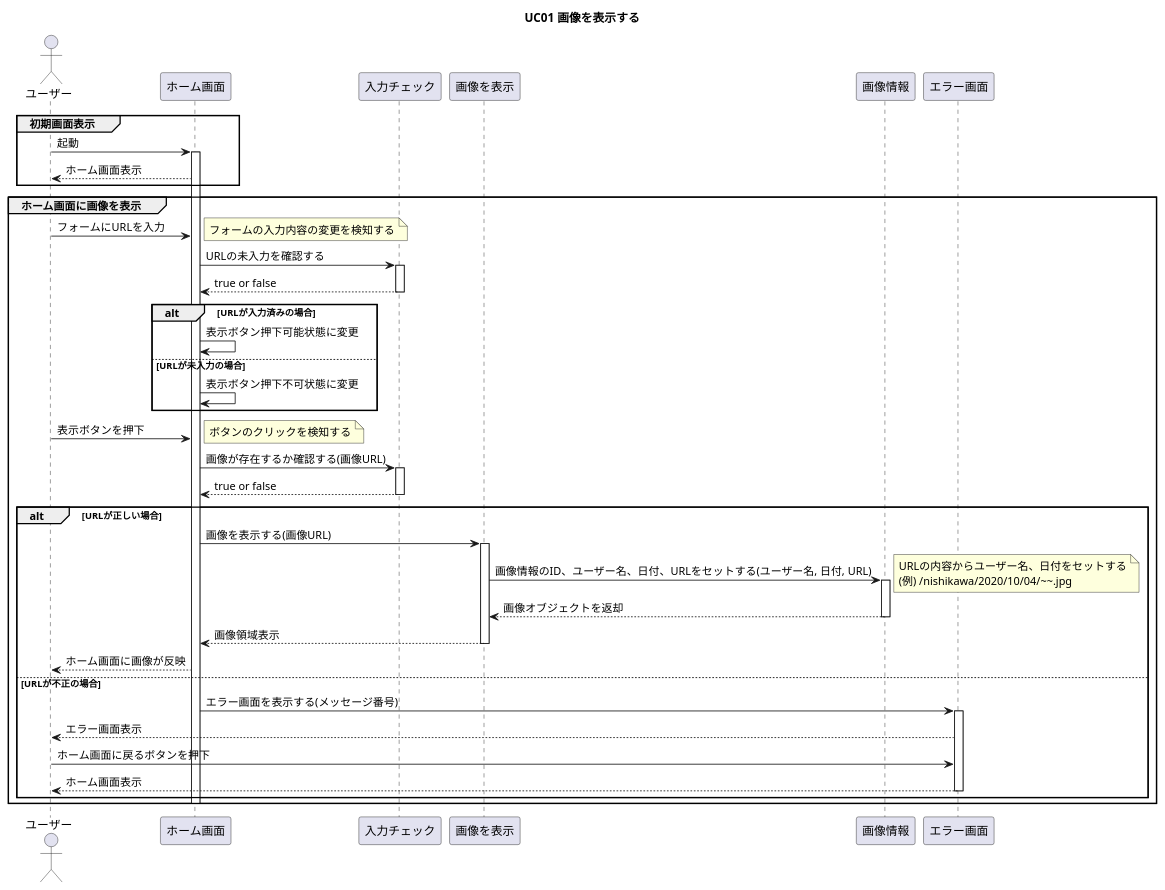
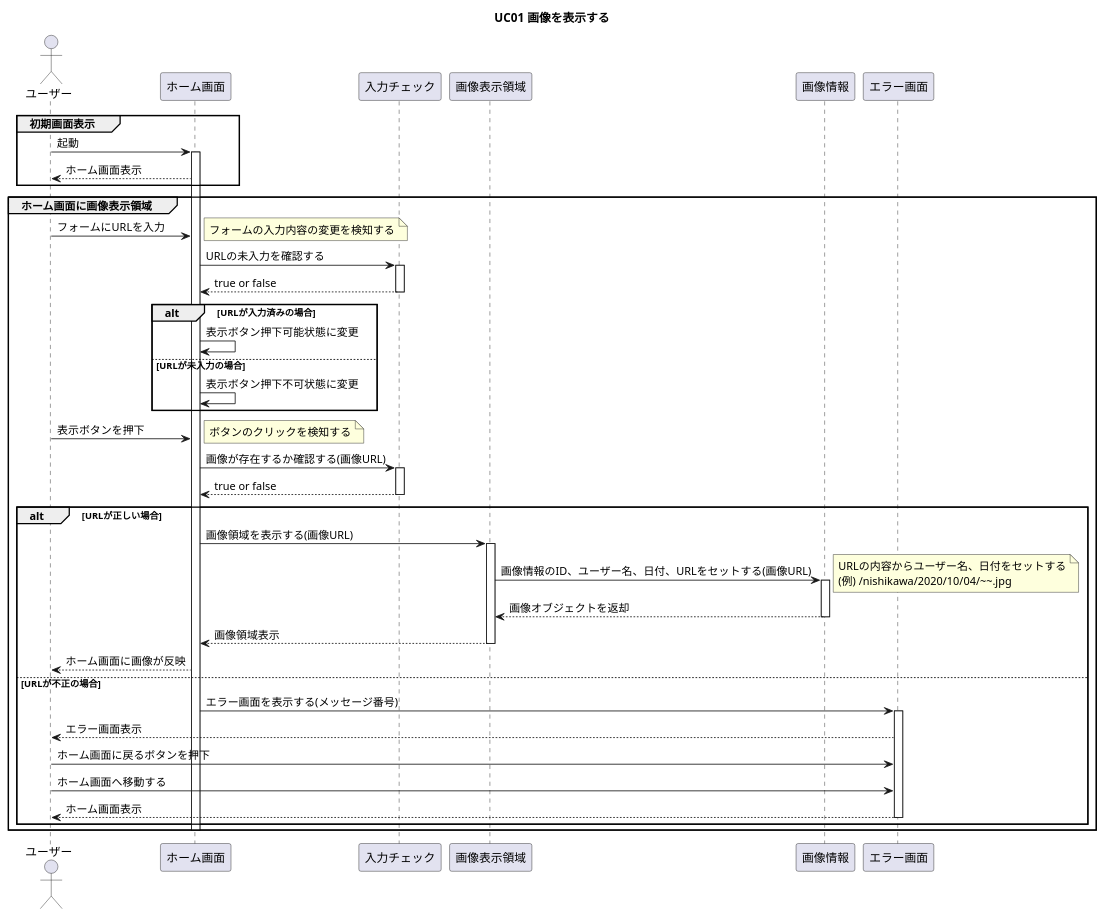
One commit to nishikawa1114/FaceEmotionSystem changed the diagram in uml/seqDiag01.pu. Above: the diagram before and after it, drawn with PlantUML.

Commit message:
クラス名を変更

```diff
--- a/uml/seqDiag01.pu
+++ b/uml/seqDiag01.pu
@@ -1,68 +1,69 @@
 @startuml
 title UC01 画像を表示する
 
 actor ユーザー
 participant ホーム画面
 participant 入力チェック
-participant 画像を表示
+participant 画像表示領域
 participant 画像情報
 participant エラー画面
 
 group 初期画面表示
 ユーザー -> ホーム画面 : 起動
 activate ホーム画面
 ユーザー <-- ホーム画面 : ホーム画面表示
 end
 
-group ホーム画面に画像を表示
+group ホーム画面に画像表示領域
 ユーザー -> ホーム画面 : フォームにURLを入力
 note right : フォームの入力内容の変更を検知する
 ホーム画面 -> 入力チェック : URLの未入力を確認する
 activate 入力チェック
 ホーム画面 <-- 入力チェック : true or false
 deactivate 入力チェック
 
 alt URLが入力済みの場合
 ホーム画面 -> ホーム画面 : 表示ボタン押下可能状態に変更
 else URLが未入力の場合
 ホーム画面 -> ホーム画面 : 表示ボタン押下不可状態に変更
 end
 
 ユーザー -> ホーム画面 : 表示ボタンを押下
 note right : ボタンのクリックを検知する
 ホーム画面 -> 入力チェック : 画像が存在するか確認する(画像URL)
 activate 入力チェック
 ホーム画面 <-- 入力チェック : true or false
 deactivate 入力チェック
 
 alt URLが正しい場合
 
-ホーム画面 -> 画像を表示 : 画像を表示する(画像URL)
-activate 画像を表示
-画像を表示 -> 画像情報 : 画像情報のID、ユーザー名、日付、URLをセットする(ユーザー名, 日付, URL)
+ホーム画面 -> 画像表示領域 : 画像領域を表示する(画像URL)
+activate 画像表示領域
+画像表示領域 -> 画像情報 : 画像情報のID、ユーザー名、日付、URLをセットする(画像URL)
 note right
 URLの内容からユーザー名、日付をセットする
 (例) ~/nishikawa/2020/10/04/~~~.jpg
 end note
 activate 画像情報
-画像を表示 <-- 画像情報 : 画像オブジェクトを返却
+画像表示領域 <-- 画像情報 : 画像オブジェクトを返却
 deactivate 画像情報
-ホーム画面 <-- 画像を表示 : 画像領域表示
-deactivate 画像を表示 
+ホーム画面 <-- 画像表示領域 : 画像領域表示
+deactivate 画像表示領域 
 ユーザー <-- ホーム画面 : ホーム画面に画像が反映
 
 else URLが不正の場合
 ホーム画面 -> エラー画面 : エラー画面を表示する(メッセージ番号)
 activate エラー画面
 ユーザー <-- エラー画面 : エラー画面表示
 ユーザー -> エラー画面 : ホーム画面に戻るボタンを押下
+ユーザー -> エラー画面 : ホーム画面へ移動する
 ユーザー <-- エラー画面 : ホーム画面表示
 deactivate エラー画面
 
 end
 
 deactivate ホーム画面
 
 end
 
 @enduml
```
